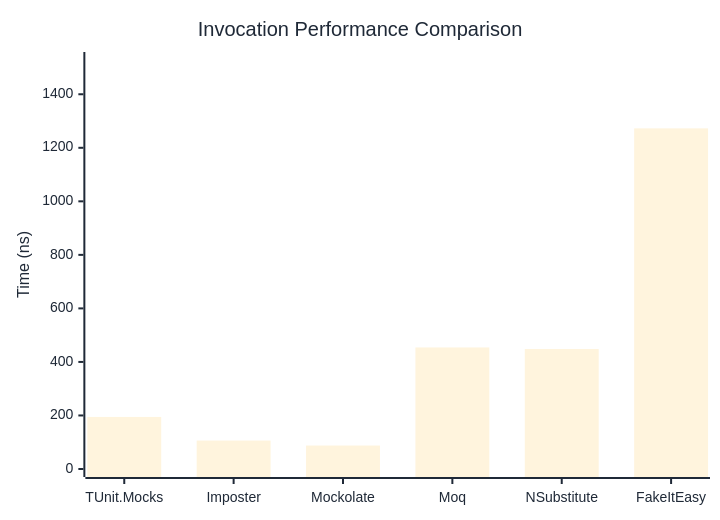
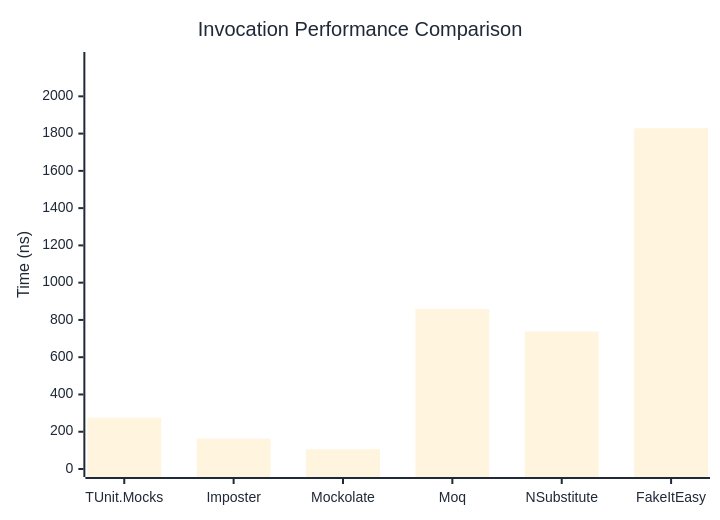
The first of 3 diagrams in docs/docs/benchmarks/mocks/Invocation.md (thomhurst/TUnit), drawn with Mermaid before and after one commit. The commit also changed other lines of this file and 14 other files, not shown here.

````diff
--- a/docs/docs/benchmarks/mocks/Invocation.md
+++ b/docs/docs/benchmarks/mocks/Invocation.md
@@ -30,27 +30,27 @@
 ```mermaid
 %%{init: {
   'theme':'base',
   'themeVariables': {
     'primaryColor': '#2563eb',
     'primaryTextColor': '#1f2937',
     'primaryBorderColor': '#1e40af',
     'lineColor': '#6b7280',
     'secondaryColor': '#7c3aed',
     'tertiaryColor': '#dc2626',
     'background': '#ffffff',
     'pie1': '#2563eb',
     'pie2': '#7c3aed',
     'pie3': '#dc2626',
     'pie4': '#f59e0b',
     'pie5': '#10b981',
     'pie6': '#06b6d4',
     'pie7': '#ec4899',
     'pie8': '#6366f1'
   }
 }}%%
 xychart-beta
   title "Invocation Performance Comparison"
   x-axis ["TUnit.Mocks", "Imposter", "Mockolate", "Moq", "NSubstitute", "FakeItEasy"]
-  y-axis "Time (ns)" 0 --> 1528
-  bar [194.53, 106.2, 87.69, 454.11, 448.31, 1272.55]
+  y-axis "Time (ns)" 0 --> 2195
+  bar [275.33, 162.65, 106.35, 857.95, 737.66, 1828.58]
 ```
````
